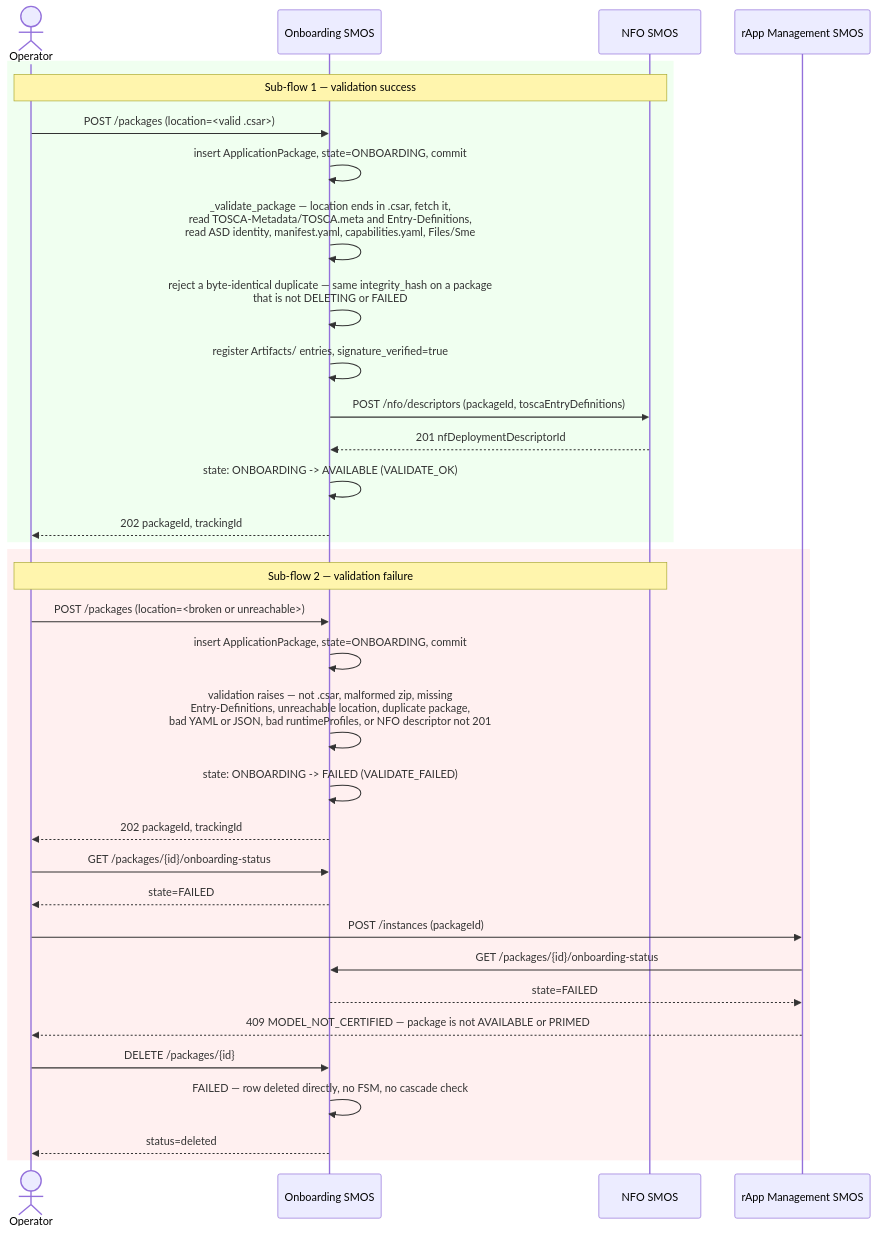
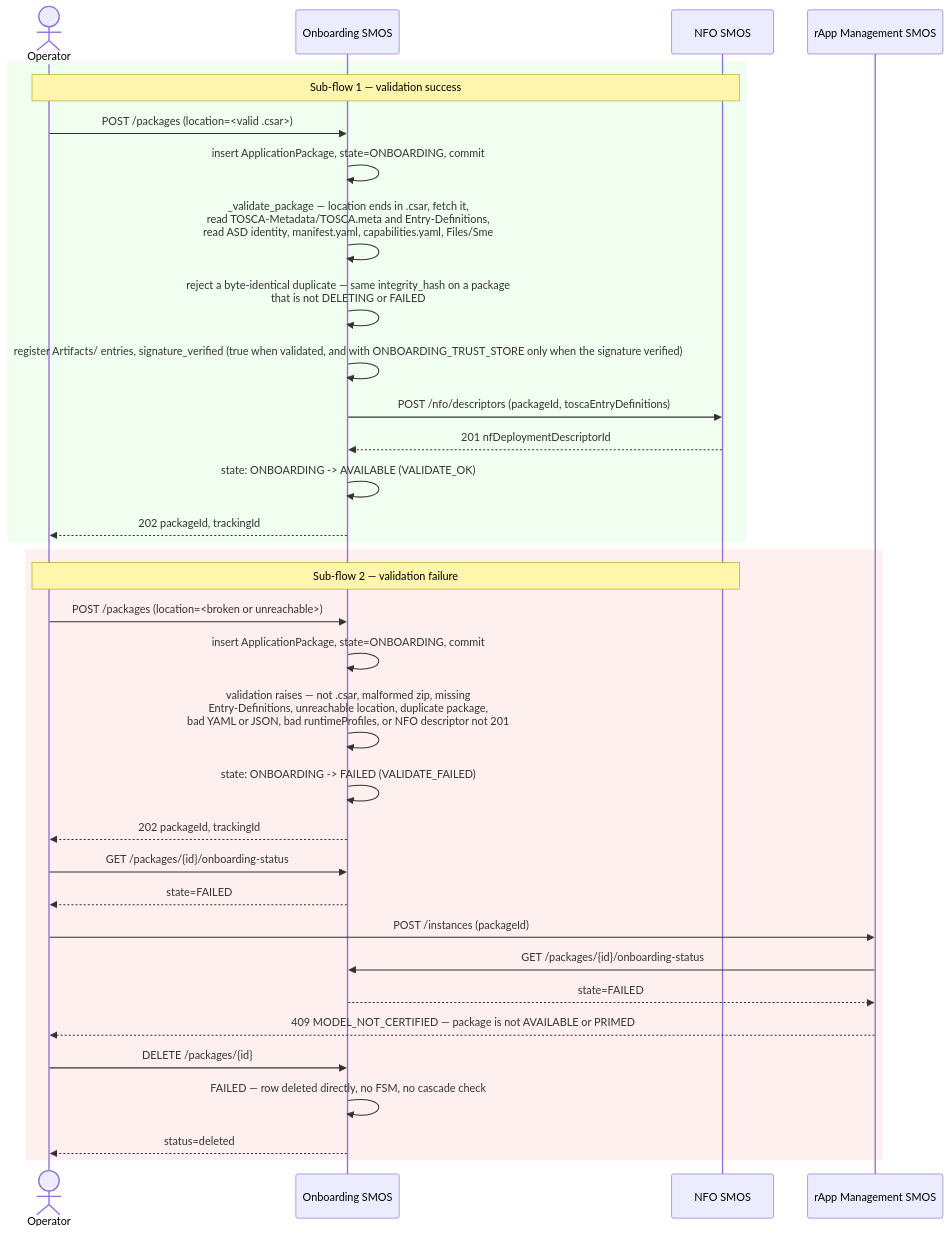
The first of 3 diagrams in smo/docs/call-flows/06-package-lifecycle.md (rsys-bshankar/ai-ran-ref), drawn with Mermaid before and after one commit. The commit also changed 63 other files, not shown here.

````diff
--- a/smo/docs/call-flows/06-package-lifecycle.md
+++ b/smo/docs/call-flows/06-package-lifecycle.md
@@ -51,38 +51,38 @@
 ```mermaid
 sequenceDiagram
     actor Operator
     participant Onb as Onboarding SMOS
     participant NFO as NFO SMOS
     participant Rapp as rApp Management SMOS
 
     rect rgb(240, 255, 240)
     Note over Operator,NFO: Sub-flow 1 — validation success
     Operator->>Onb: POST /packages (location=<valid .csar>)
     Onb->>Onb: insert ApplicationPackage, state=ONBOARDING, commit
     Onb->>Onb: _validate_package — location ends in .csar, fetch it,<br/>read TOSCA-Metadata/TOSCA.meta and Entry-Definitions,<br/>read ASD identity, manifest.yaml, capabilities.yaml, Files/Sme
     Onb->>Onb: reject a byte-identical duplicate — same integrity_hash on a package<br/>that is not DELETING or FAILED
-    Onb->>Onb: register Artifacts/ entries, signature_verified=true
+    Onb->>Onb: register Artifacts/ entries, signature_verified (true when validated, and with ONBOARDING_TRUST_STORE only when the signature verified)
     Onb->>NFO: POST /nfo/descriptors (packageId, toscaEntryDefinitions)
     NFO-->>Onb: 201 nfDeploymentDescriptorId
     Onb->>Onb: state: ONBOARDING -> AVAILABLE (VALIDATE_OK)
     Onb-->>Operator: 202 packageId, trackingId
     end
 
     rect rgb(255, 240, 240)
     Note over Operator,NFO: Sub-flow 2 — validation failure
     Operator->>Onb: POST /packages (location=<broken or unreachable>)
     Onb->>Onb: insert ApplicationPackage, state=ONBOARDING, commit
     Onb->>Onb: validation raises — not .csar, malformed zip, missing<br/>Entry-Definitions, unreachable location, duplicate package,<br/>bad YAML or JSON, bad runtimeProfiles, or NFO descriptor not 201
     Onb->>Onb: state: ONBOARDING -> FAILED (VALIDATE_FAILED)
     Onb-->>Operator: 202 packageId, trackingId
     Operator->>Onb: GET /packages/{id}/onboarding-status
     Onb-->>Operator: state=FAILED
     Operator->>Rapp: POST /instances (packageId)
     Rapp->>Onb: GET /packages/{id}/onboarding-status
     Onb-->>Rapp: state=FAILED
     Rapp-->>Operator: 409 MODEL_NOT_CERTIFIED — package is not AVAILABLE or PRIMED
     Operator->>Onb: DELETE /packages/{id}
     Onb->>Onb: FAILED — row deleted directly, no FSM, no cascade check
     Onb-->>Operator: status=deleted
     end
 ```
````
